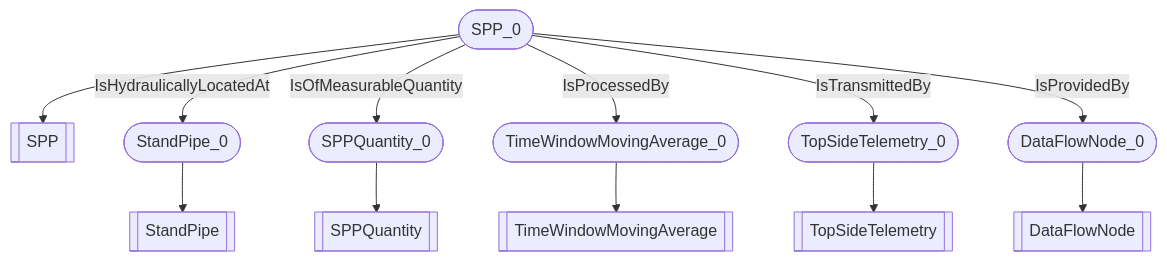
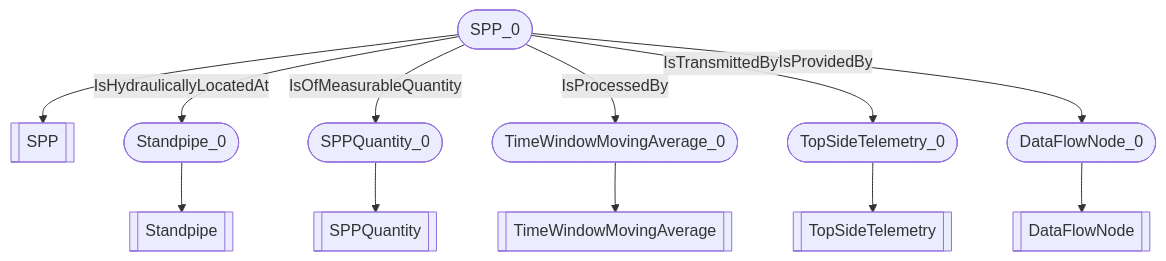
The diagram in docs/vocabulary_development/examples/SPP.md (D-WIS/DDHub-Semantic-Interoperability), drawn with Mermaid before and after one commit. The commit also changed other lines of this file and 28 other files, not shown here.

````diff
--- a/docs/vocabulary_development/examples/SPP.md
+++ b/docs/vocabulary_development/examples/SPP.md
@@ -13,14 +13,14 @@
 ```mermaid
 flowchart TD
 	SPP_0([SPP_0]) --> SPP[[SPP]]
-	StandPipe_0([StandPipe_0]) --> StandPipe[[StandPipe]]
+	Standpipe_0([Standpipe_0]) --> Standpipe[[Standpipe]]
 	SPPQuantity_0([SPPQuantity_0]) --> SPPQuantity[[SPPQuantity]]
 	TimeWindowMovingAverage_0([TimeWindowMovingAverage_0]) --> TimeWindowMovingAverage[[TimeWindowMovingAverage]]
 	TopSideTelemetry_0([TopSideTelemetry_0]) --> TopSideTelemetry[[TopSideTelemetry]]
 	DataFlowNode_0([DataFlowNode_0]) --> DataFlowNode[[DataFlowNode]]
-	 SPP_0 -- IsHydraulicallyLocatedAt --> StandPipe_0 
+	 SPP_0 -- IsHydraulicallyLocatedAt --> Standpipe_0 
 	 SPP_0 -- IsOfMeasurableQuantity --> SPPQuantity_0 
 	 SPP_0 -- IsProcessedBy --> TimeWindowMovingAverage_0 
 	 SPP_0 -- IsTransmittedBy --> TopSideTelemetry_0 
 	 SPP_0 -- IsProvidedBy --> DataFlowNode_0 
 ```
````
